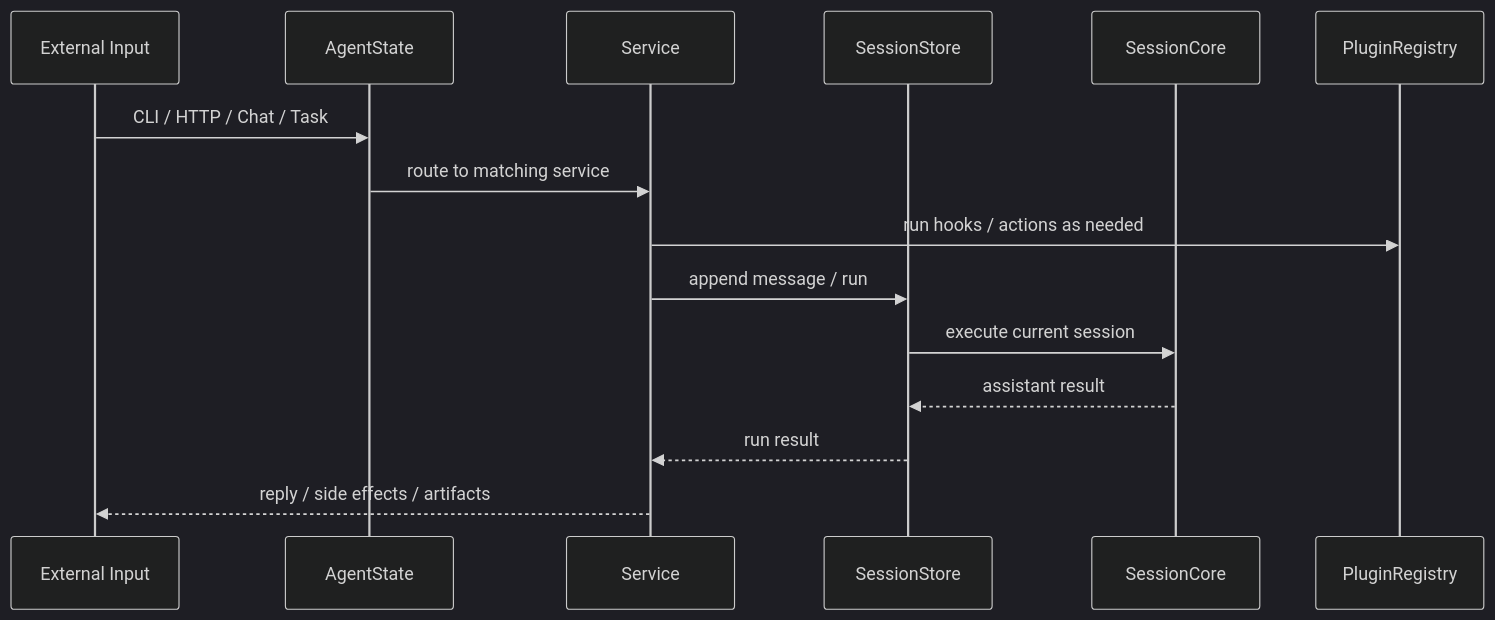
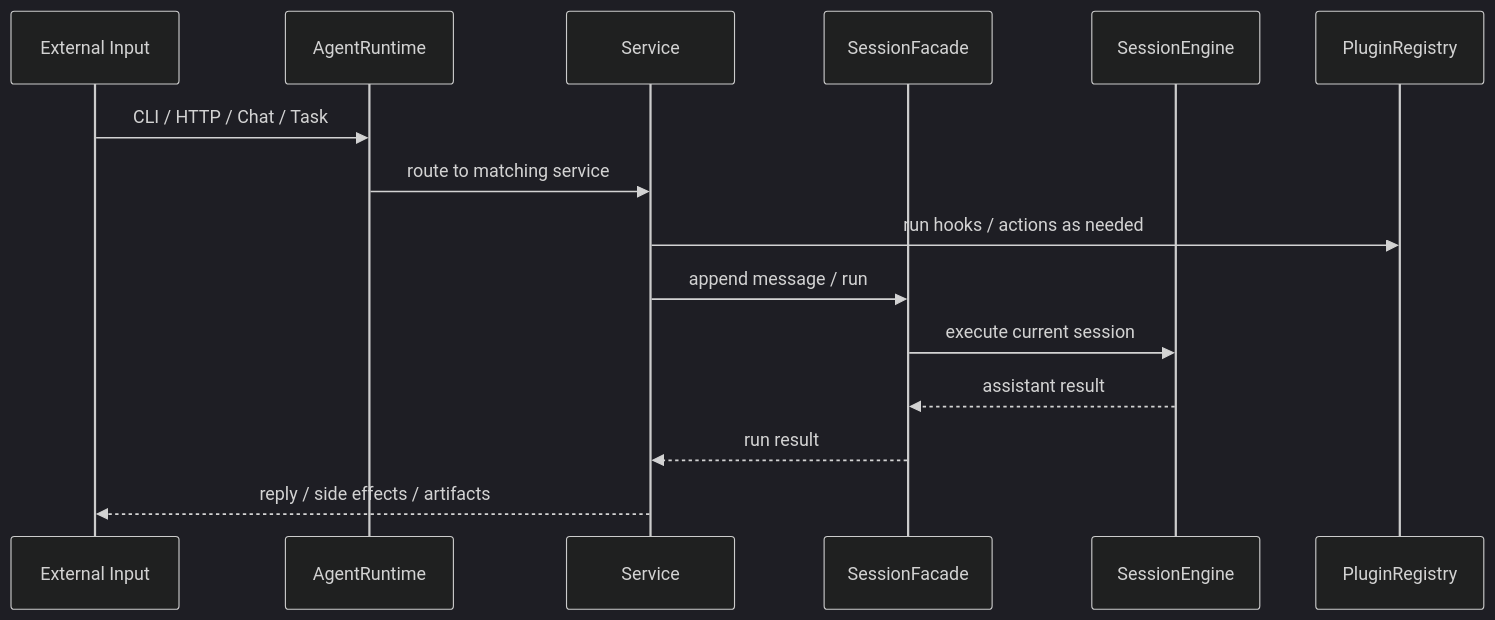
The third of 3 diagrams in homepage/content/devdocs/en/package/runtime-and-services.mdx (wangenius/downcity), drawn with Mermaid (dark theme) before and after one commit. The commit also changed other lines of this file and 419 other files, not shown here.

````diff
--- a/homepage/content/devdocs/en/package/runtime-and-services.mdx
+++ b/homepage/content/devdocs/en/package/runtime-and-services.mdx
@@ -183,18 +183,18 @@
 ```mermaid
 sequenceDiagram
   participant In as External Input
-  participant Agent as AgentState
+  participant Agent as AgentRuntime
   participant Service as Service
-  participant Session as SessionStore
-  participant Core as SessionCore
+  participant Session as SessionFacade
+  participant Core as SessionEngine
   participant Plugin as PluginRegistry
 
   In->>Agent: CLI / HTTP / Chat / Task
   Agent->>Service: route to matching service
   Service->>Plugin: run hooks / actions as needed
   Service->>Session: append message / run
   Session->>Core: execute current session
   Core-->>Session: assistant result
   Session-->>Service: run result
   Service-->>In: reply / side effects / artifacts
 ```
````
